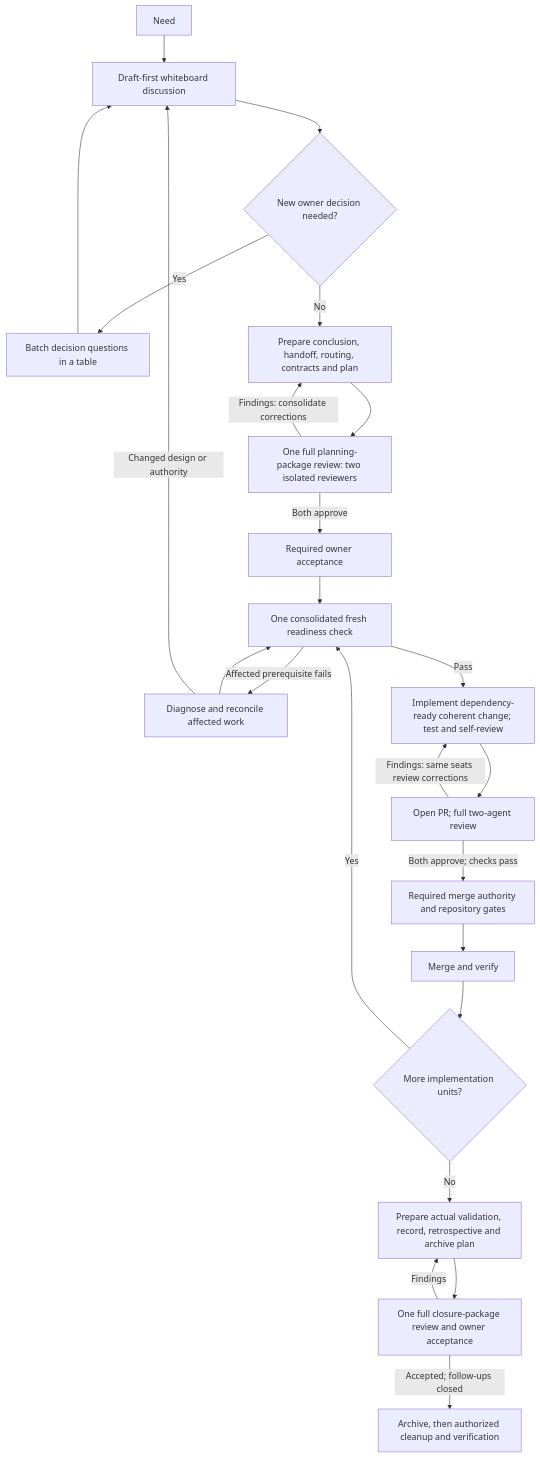
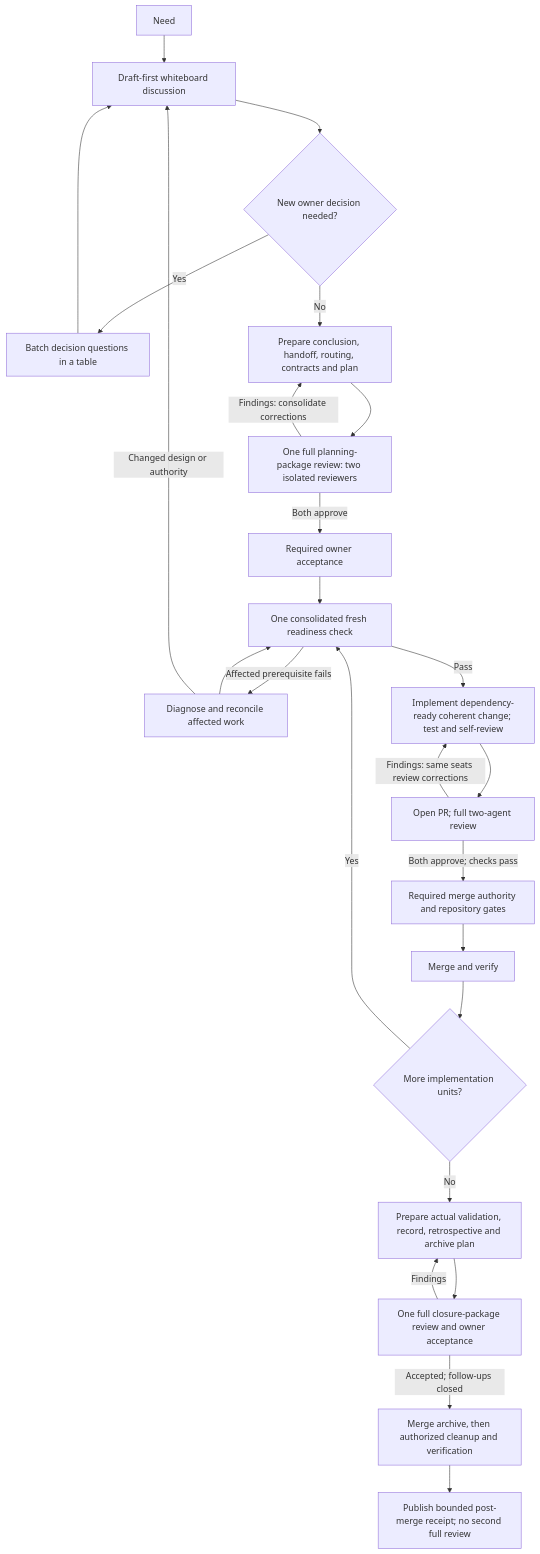
One commit to hhhhhusky777/spec-driven-delivery-playbook changed the first of 4 diagrams in README.md. Above: the diagram before and after it, drawn with Mermaid. The commit also changed other lines of this file and 14 other files, not shown here.

Commit message:
feat: avoid duplicate archive receipt reviews

````diff
--- a/README.md
+++ b/README.md
@@ -123,26 +123,27 @@
 ```mermaid
 flowchart TD
     N["Need"] --> W["Draft-first whiteboard discussion"]
     W --> Q{"New owner decision needed?"}
     Q -->|"Yes"| O["Batch decision questions in a table"]
     O --> W
     Q -->|"No"| P["Prepare conclusion, handoff, routing, contracts and plan"]
     P --> R["One full planning-package review: two isolated reviewers"]
     R -->|"Findings: consolidate corrections"| P
     R -->|"Both approve"| A["Required owner acceptance"]
     A --> C["One consolidated fresh readiness check"]
     C -->|"Affected prerequisite fails"| F["Diagnose and reconcile affected work"]
     F --> C
     F -->|"Changed design or authority"| W
     C -->|"Pass"| I["Implement dependency-ready coherent change; test and self-review"]
     I --> PR["Open PR; full two-agent review"]
     PR -->|"Findings: same seats review corrections"| I
     PR -->|"Both approve; checks pass"| M["Required merge authority and repository gates"]
     M --> V["Merge and verify"]
     V --> T{"More implementation units?"}
     T -->|"Yes"| C
     T -->|"No"| CL["Prepare actual validation, record, retrospective and archive plan"]
     CL --> CR["One full closure-package review and owner acceptance"]
     CR -->|"Findings"| CL
-    CR -->|"Accepted; follow-ups closed"| AR["Archive, then authorized cleanup and verification"]
+    CR -->|"Accepted; follow-ups closed"| AR["Merge archive, then authorized cleanup and verification"]
+    AR --> RC["Publish bounded post-merge receipt; no second full review"]
 ```
````
